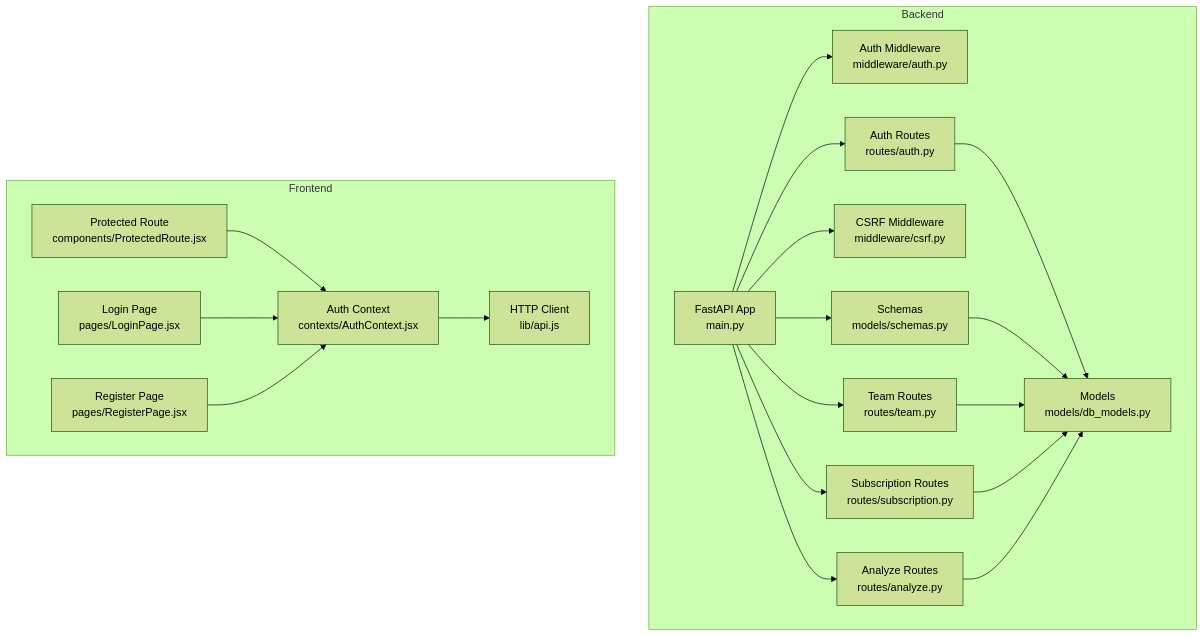
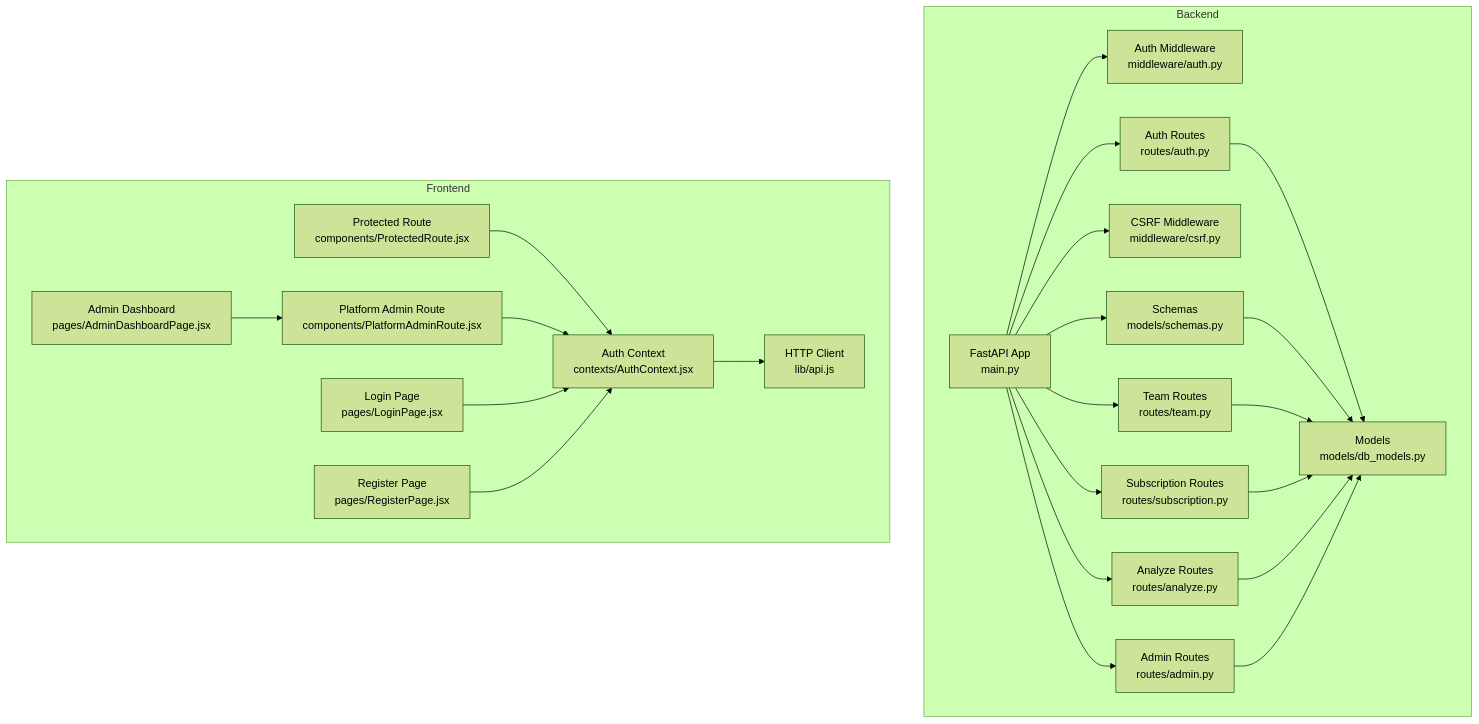
The first of 12 diagrams in .qoder/repowiki/en/content/Authentication & Authorization/Authentication & Authorization.md (Revanththetalogics/aireume), drawn with Mermaid (forest theme) before and after one commit. The commit also changed other lines of this file and 10 other files, not shown here.

````diff
--- a/.qoder/repowiki/en/content/Authentication & Authorization/Authentication & Authorization.md
+++ b/.qoder/repowiki/en/content/Authentication & Authorization/Authentication & Authorization.md
@@ -48,37 +51,44 @@
 ```mermaid
 graph TB
 subgraph "Backend"
 A["FastAPI App<br/>main.py"]
 B["Auth Middleware<br/>middleware/auth.py"]
 C["Auth Routes<br/>routes/auth.py"]
 D["CSRF Middleware<br/>middleware/csrf.py"]
 E["Models<br/>models/db_models.py"]
 F["Schemas<br/>models/schemas.py"]
 G["Team Routes<br/>routes/team.py"]
 H["Subscription Routes<br/>routes/subscription.py"]
 I["Analyze Routes<br/>routes/analyze.py"]
+J["Admin Routes<br/>routes/admin.py"]
 end
 subgraph "Frontend"
 X["Auth Context<br/>contexts/AuthContext.jsx"]
 Y["HTTP Client<br/>lib/api.js"]
 Z["Protected Route<br/>components/ProtectedRoute.jsx"]
+AA["Platform Admin Route<br/>components/PlatformAdminRoute.jsx"]
 U["Login Page<br/>pages/LoginPage.jsx"]
 V["Register Page<br/>pages/RegisterPage.jsx"]
+AB["Admin Dashboard<br/>pages/AdminDashboardPage.jsx"]
 end
 A --> B
 A --> C
 A --> D
 A --> F
 A --> G
 A --> H
 A --> I
+A --> J
 C --> E
 F --> E
 G --> E
 H --> E
 I --> E
+J --> E
 X --> Y
 Z --> X
+AA --> X
 U --> X
 V --> X
+AB --> AA
 ```
````
